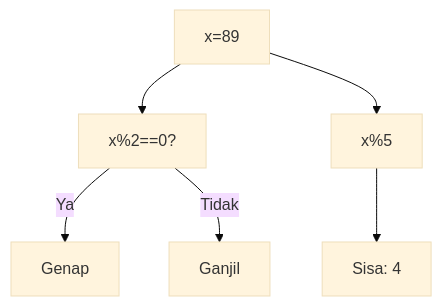
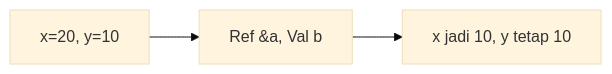
The ninth of 25 diagrams in part-c-pemahaman-cpp/04-fungsi/latihan/set-05.md (amnahwaida/OSNK_INF_PREP), drawn with Mermaid (base theme) before and after one commit. The commit also changed other lines of this file and 71 other files, not shown here.

````diff
--- a/part-c-pemahaman-cpp/04-fungsi/latihan/set-05.md
+++ b/part-c-pemahaman-cpp/04-fungsi/latihan/set-05.md
@@ -235,8 +235,5 @@
 ```mermaid
-graph TD
-A["x=89"] --> B["x%2==0?"]
-B -- Ya --> C["Genap"]
-B -- Tidak --> D["Ganjil"]
-A --> E["x%5"]
-E --> F["Sisa: 4"]
+graph LR
+A["x=20, y=10"] --> B["Ref &a, Val b"]
+B --> C["x jadi 10, y tetap 10"]
 ```
````
